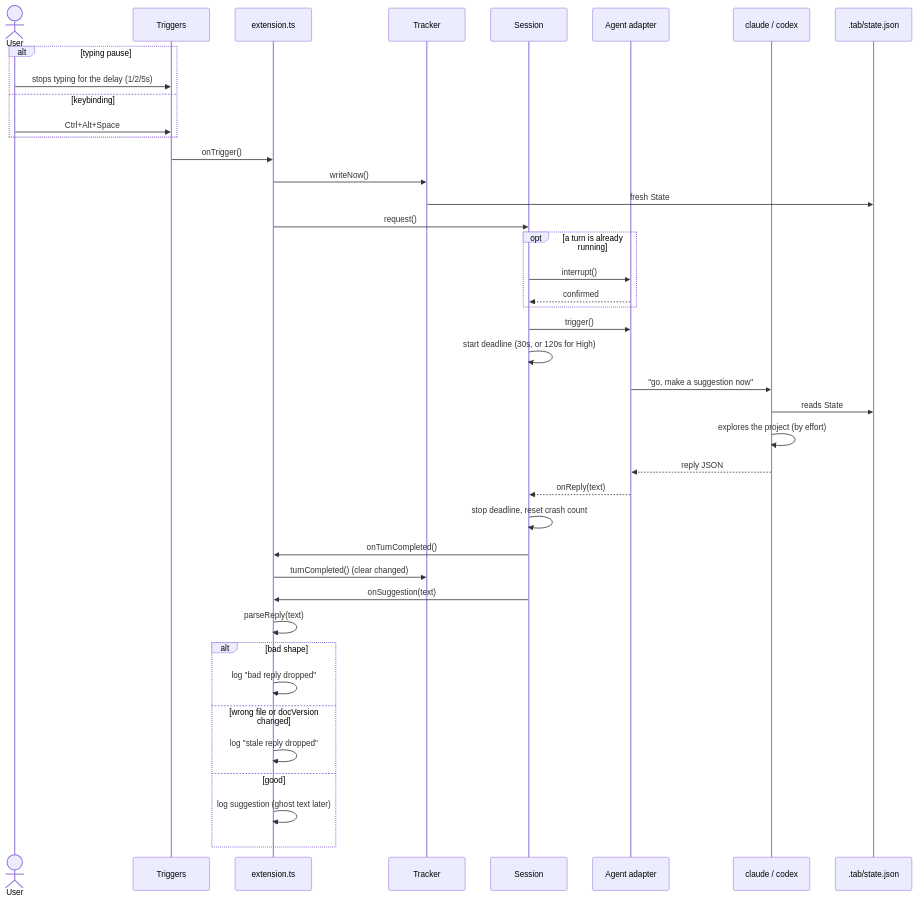
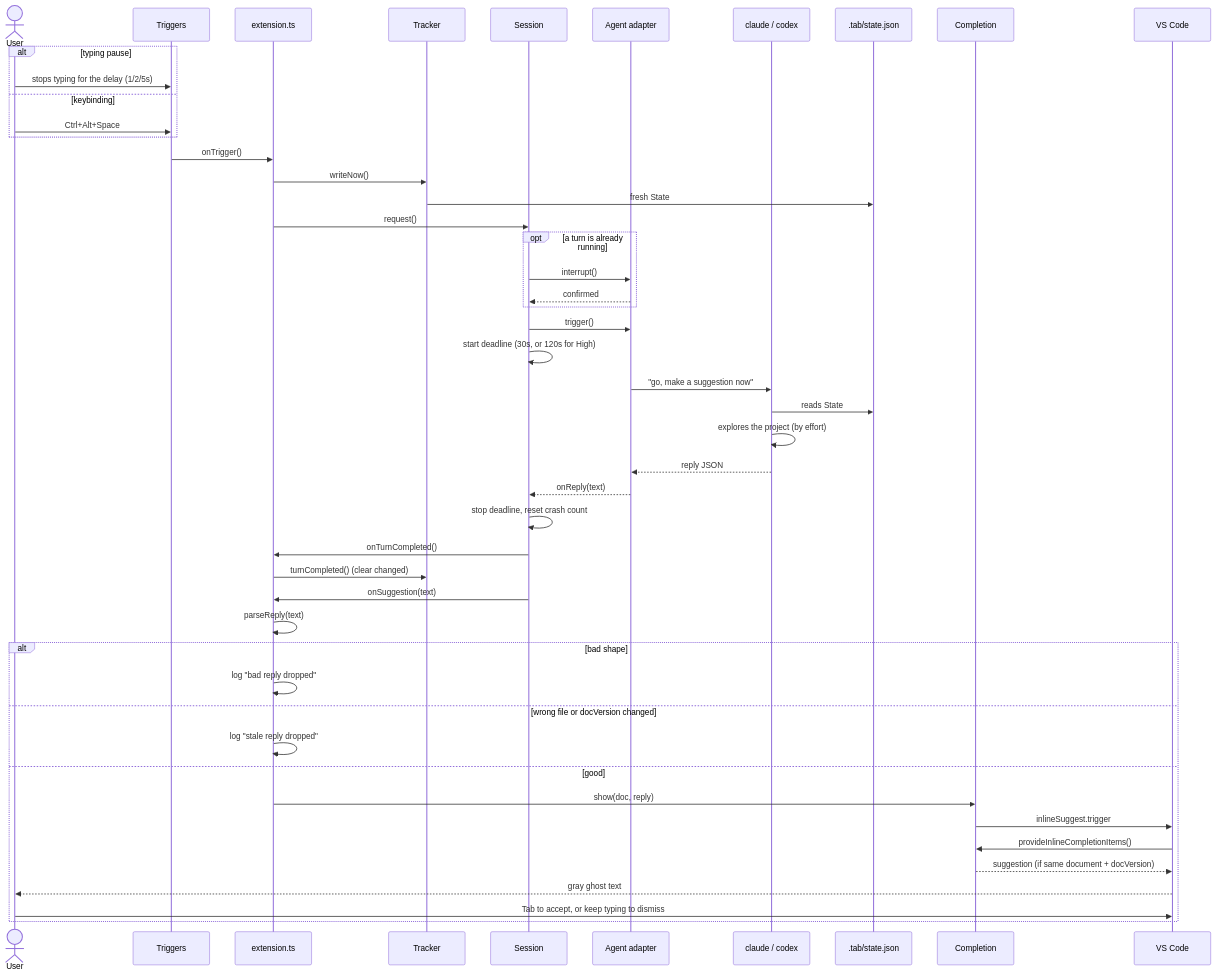
The fourth of 7 diagrams in docs/HOW_IT_WORKS.md (locchh/tab), drawn with Mermaid before and after one commit. The commit also changed other lines of this file and 3 other files, not shown here.

Commit message:
Add completion: show checked suggestions as ghost text

````diff
--- a/docs/HOW_IT_WORKS.md
+++ b/docs/HOW_IT_WORKS.md
@@ -117,44 +120,51 @@
 ```mermaid
 sequenceDiagram
     actor User
     participant Trg as Triggers
     participant Ext as extension.ts
     participant Tr as Tracker
     participant Se as Session
     participant Ag as Agent adapter
     participant CLI as claude / codex
     participant F as .tab/state.json
+    participant Co as Completion
+    participant VSC as VS Code
 
     alt typing pause
         User->>Trg: stops typing for the delay (1/2/5s)
     else keybinding
         User->>Trg: Ctrl+Alt+Space
     end
     Trg->>Ext: onTrigger()
     Ext->>Tr: writeNow()
     Tr->>F: fresh State
     Ext->>Se: request()
     opt a turn is already running
         Se->>Ag: interrupt()
         Ag-->>Se: confirmed
     end
     Se->>Ag: trigger()
     Se->>Se: start deadline (30s, or 120s for High)
     Ag->>CLI: "go, make a suggestion now"
     CLI->>F: reads State
     CLI->>CLI: explores the project (by effort)
     CLI-->>Ag: reply JSON
     Ag-->>Se: onReply(text)
     Se->>Se: stop deadline, reset crash count
     Se->>Ext: onTurnCompleted()
     Ext->>Tr: turnCompleted() (clear changed)
     Se->>Ext: onSuggestion(text)
     Ext->>Ext: parseReply(text)
     alt bad shape
         Ext->>Ext: log "bad reply dropped"
     else wrong file or docVersion changed
         Ext->>Ext: log "stale reply dropped"
     else good
-        Ext->>Ext: log suggestion (ghost text later)
+        Ext->>Co: show(doc, reply)
+        Co->>VSC: inlineSuggest.trigger
+        VSC->>Co: provideInlineCompletionItems()
+        Co-->>VSC: suggestion (if same document + docVersion)
+        VSC-->>User: gray ghost text
+        User->>VSC: Tab to accept, or keep typing to dismiss
     end
 ```
````
